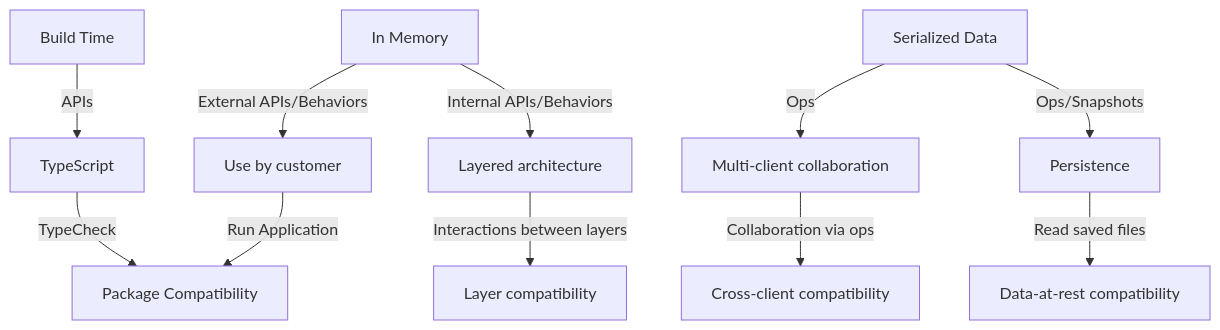
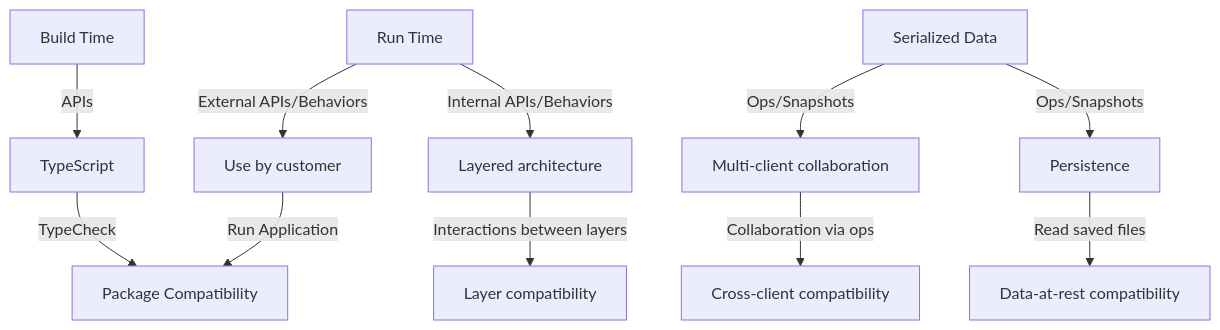
Before and after one commit to microsoft/FluidFramework: the first of 3 diagrams in FluidCompatibilityConsiderations.md, drawn with Mermaid. The commit also changed other lines of this file, not shown here.

Commit message:
In Memory renamed to Run Time, make ordering consistent

````diff
--- a/FluidCompatibilityConsiderations.md
+++ b/FluidCompatibilityConsiderations.md
@@ -13,15 +13,15 @@
 ```mermaid
 flowchart TD
     BuildTime[Build Time] --APIs--> TypeScript
         TypeScript --TypeCheck--> PackageCompat[Package Compatibility]
 
-    InMemory[In Memory] --External APIs/Behaviors--> CustomerUse[Use by customer]
+    RunTime[Run Time] --External APIs/Behaviors--> CustomerUse[Use by customer]
         CustomerUse --Run Application--> PackageCompat
-    InMemory --Internal APIs/Behaviors--> LayeredArch[Layered architecture]
+    RunTime --Internal APIs/Behaviors--> LayeredArch[Layered architecture]
         LayeredArch --Interactions between layers--> LayerCompat[Layer compatibility]
 
-    SerializedData[Serialized Data] --Ops--> MultiClient[Multi-client collaboration]
+    SerializedData[Serialized Data] --Ops/Snapshots--> MultiClient[Multi-client collaboration]
         MultiClient --Collaboration via ops--> CrossClientCompat[Cross-client compatibility]
     SerializedData --Ops/Snapshots--> Persistence[Persistence]
         Persistence --Read saved files--> DataAtRestCompat[Data-at-rest compatibility]
 ```
````
